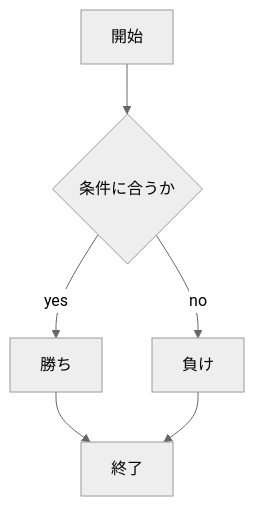
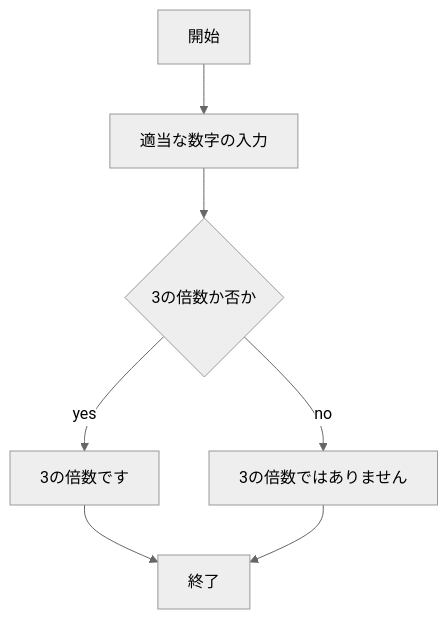
One commit to tagohayato/webpro_06 changed the first of 2 diagrams in README.md. Above: the diagram before and after it, drawn with Mermaid (neutral theme). The commit also changed other lines of this file and 5 other files, not shown here.

````diff
--- a/README.md
+++ b/README.md
@@ -22,15 +23,16 @@
 ```mermaid
 flowchart TD;
 
 start["開始"];
 end1["終了"]
-if{"条件に合うか"}
-win["勝ち"]
-lose["負け"]
+if{"3の倍数か否か"}
+yes["3の倍数です"]
+no["3の倍数ではありません"]
 
-start --> if
-if --> |yes| win
-win --> end1
-if --> |no| lose
-lose --> end1
+start --> 適当な数字の入力
+適当な数字の入力 --> if
+if --> |yes| yes
+yes --> end1
+if --> |no| no
+no --> end1
 ```
````
